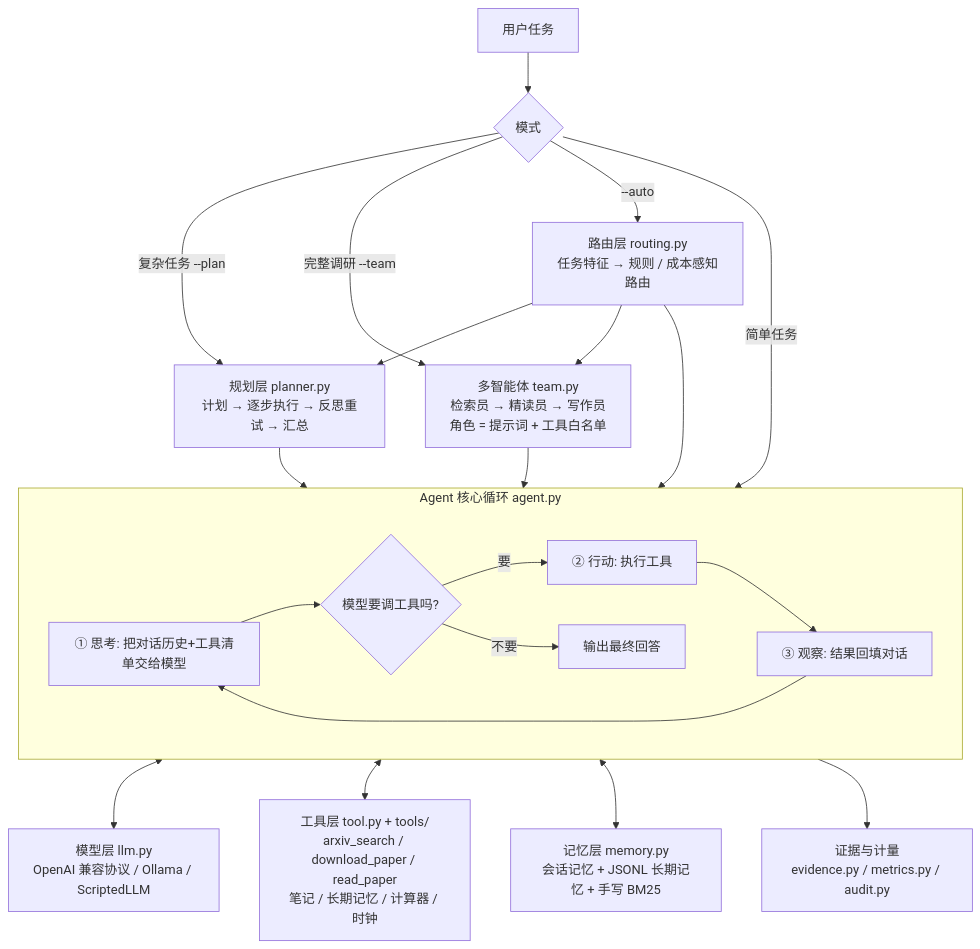
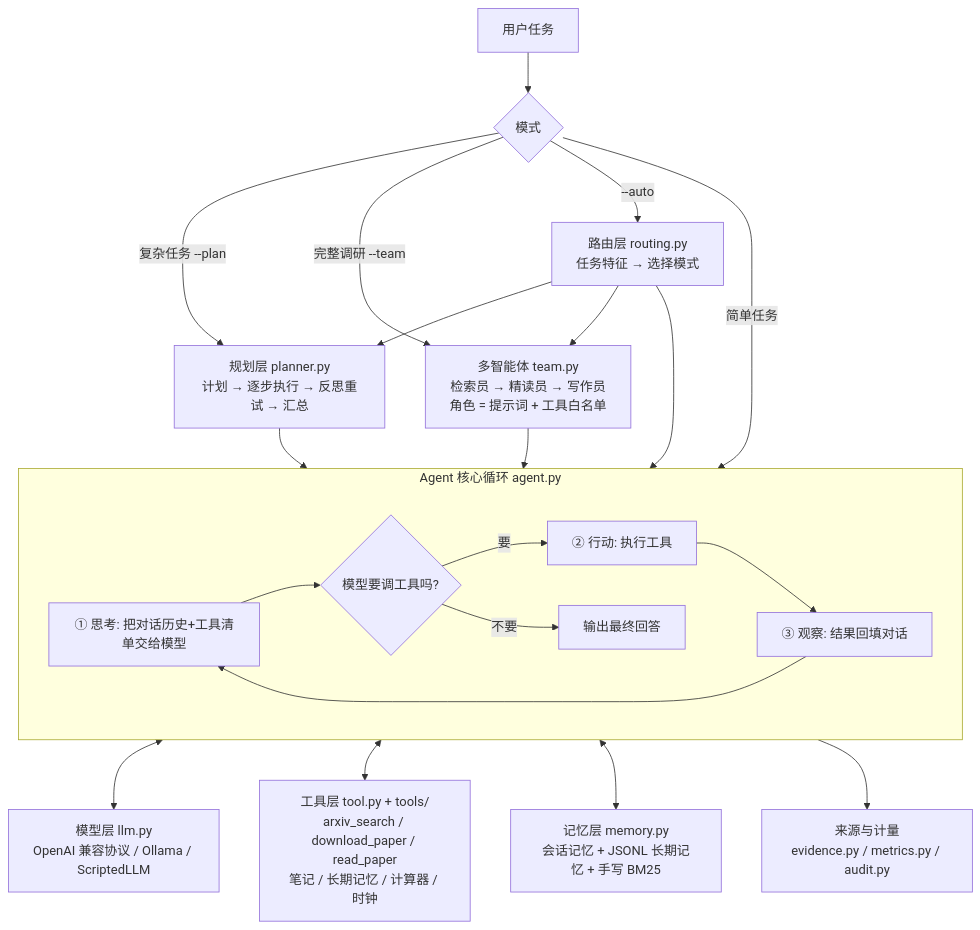
Before and after one commit to jian-in/ScholarAgent: the diagram in README.md, drawn with Mermaid. The commit also changed other lines of this file and 12 other files, not shown here.

````diff
--- a/README.md
+++ b/README.md
@@ -63,22 +73,22 @@
 ```mermaid
 flowchart TB
     U[用户任务] --> MODE{模式}
     MODE -- 简单任务 --> A
     MODE -- "复杂任务 --plan" --> P[规划层 planner.py<br>计划 → 逐步执行 → 反思重试 → 汇总]
     MODE -- "完整调研 --team" --> T[多智能体 team.py<br>检索员 → 精读员 → 写作员<br>角色 = 提示词 + 工具白名单]
-    MODE -- "--auto" --> R[路由层 routing.py<br>任务特征 → 规则 / 成本感知路由]
+    MODE -- "--auto" --> R[路由层 routing.py<br>任务特征 → 选择模式]
     R --> A & P & T
     P --> A
     T --> A
 
     subgraph A[Agent 核心循环 agent.py]
         T1[① 思考: 把对话历史+工具清单交给模型] --> T2{模型要调工具吗?}
         T2 -- 要 --> T3[② 行动: 执行工具] --> T4[③ 观察: 结果回填对话] --> T1
         T2 -- 不要 --> DONE[输出最终回答]
     end
 
     A <--> L[模型层 llm.py<br>OpenAI 兼容协议 / Ollama / ScriptedLLM]
     A <--> TL[工具层 tool.py + tools/<br>arxiv_search / download_paper / read_paper<br>笔记 / 长期记忆 / 计算器 / 时钟]
     A <--> M[记忆层 memory.py<br>会话记忆 + JSONL 长期记忆 + 手写 BM25]
-    A --> E[证据与计量<br>evidence.py / metrics.py / audit.py]
+    A --> E[来源与计量<br>evidence.py / metrics.py / audit.py]
 ```
````
